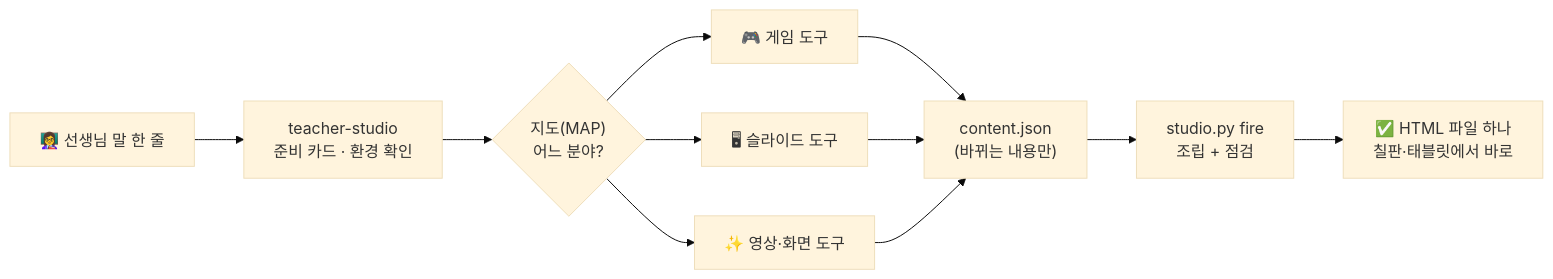
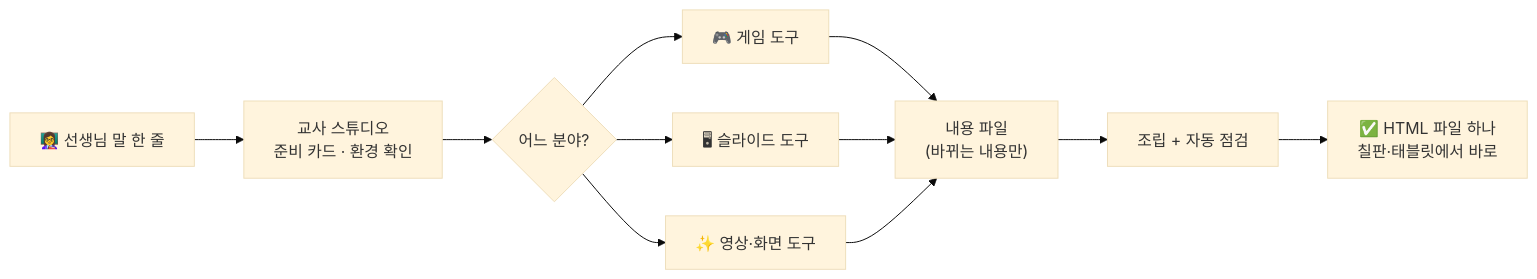
One commit to zln02/teacher-studio changed the diagram in README.md. Above: the diagram before and after it, drawn with Mermaid (base theme). The commit also changed other lines of this file, not shown here.

````diff
--- a/README.md
+++ b/README.md
@@ -257,11 +261,11 @@
 ```mermaid
 flowchart LR
-  T["👩‍🏫 선생님 말 한 줄"] --> S["teacher-studio<br/>준비 카드 · 환경 확인"]
-  S --> M{"지도(MAP)<br/>어느 분야?"}
+  T["👩‍🏫 선생님 말 한 줄"] --> S["교사 스튜디오<br/>준비 카드 · 환경 확인"]
+  S --> M{"어느 분야?"}
   M --> G["🎮 게임 도구"]
   M --> D["🖥 슬라이드 도구"]
   M --> V["✨ 영상·화면 도구"]
-  G & D & V --> C["content.json<br/>(바뀌는 내용만)"]
-  C --> F["studio.py fire<br/>조립 + 점검"]
+  G & D & V --> C["내용 파일<br/>(바뀌는 내용만)"]
+  C --> F["조립 + 자동 점검"]
   F --> R["✅ HTML 파일 하나<br/>칠판·태블릿에서 바로"]
 ```
````
